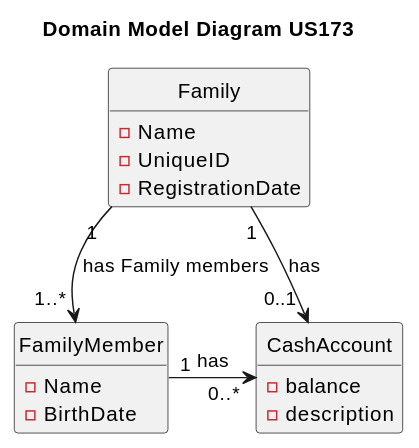
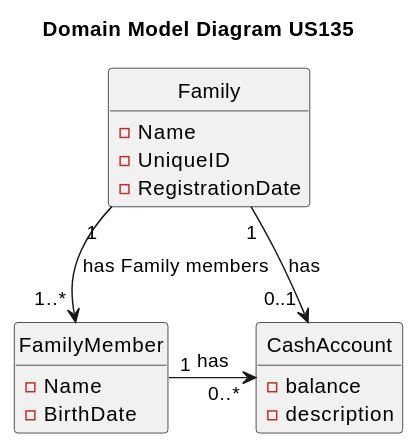
The second of 7 diagrams in docs/sprint2/user_stories/US135_CheckFamilyOrFamilyMemberCashAccountBalance.md (tomas-osswald/switch_2020_g3), drawn with PlantUML before and after one commit.

Commit message:
small changes to us135 documentation

````diff
--- a/docs/sprint2/user_stories/US135_CheckFamilyOrFamilyMemberCashAccountBalance.md
+++ b/docs/sprint2/user_stories/US135_CheckFamilyOrFamilyMemberCashAccountBalance.md
@@ -83,26 +83,26 @@
 ```puml
 hide empty members
 hide circle
-title Domain Model Diagram US173
+title Domain Model Diagram US135
 
 class Family {
 - Name
 - UniqueID
 - RegistrationDate
 
 }
 
 class FamilyMember {
 - Name
 - BirthDate
 }
 
 class CashAccount {
 - balance
 - description
 }
 
 Family "1" -down-> "1..* " FamilyMember : has Family members
 FamilyMember "1" -> "0..* " CashAccount  : has
 Family "1" -> "0..1 " CashAccount : has
 ```
````
